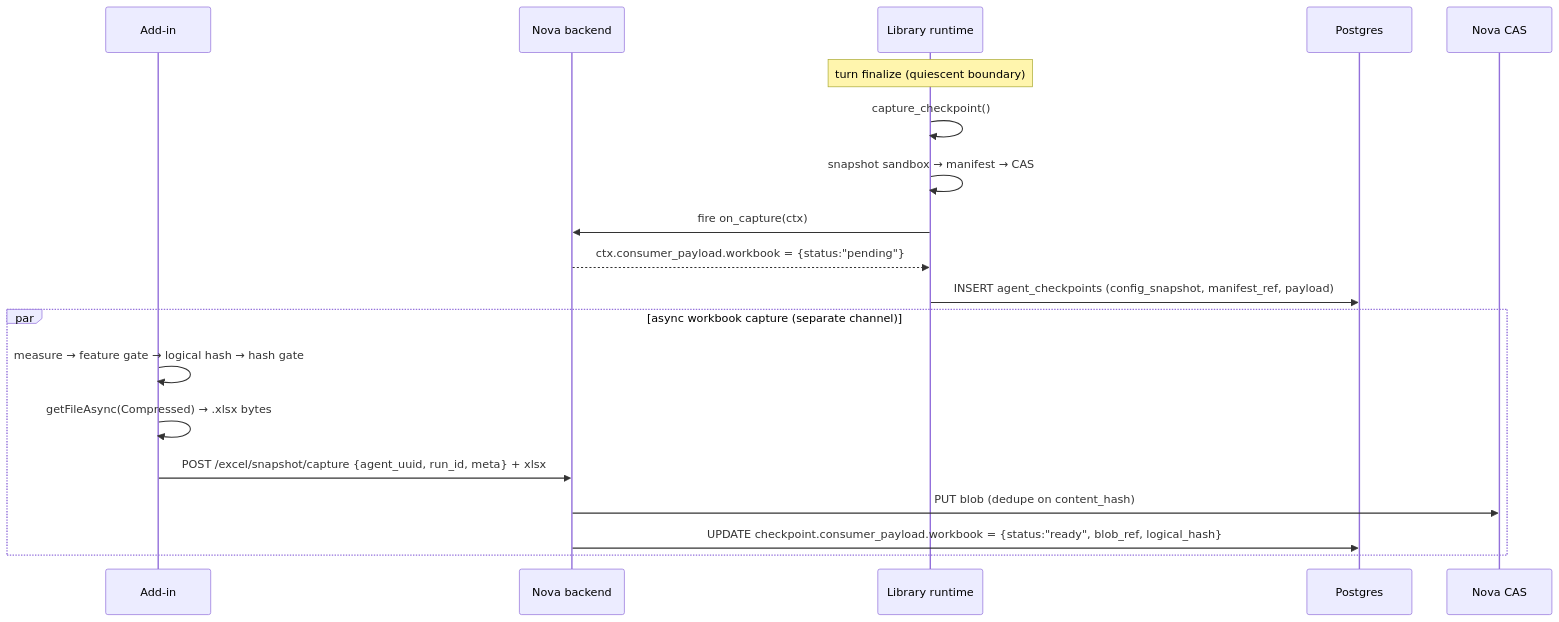
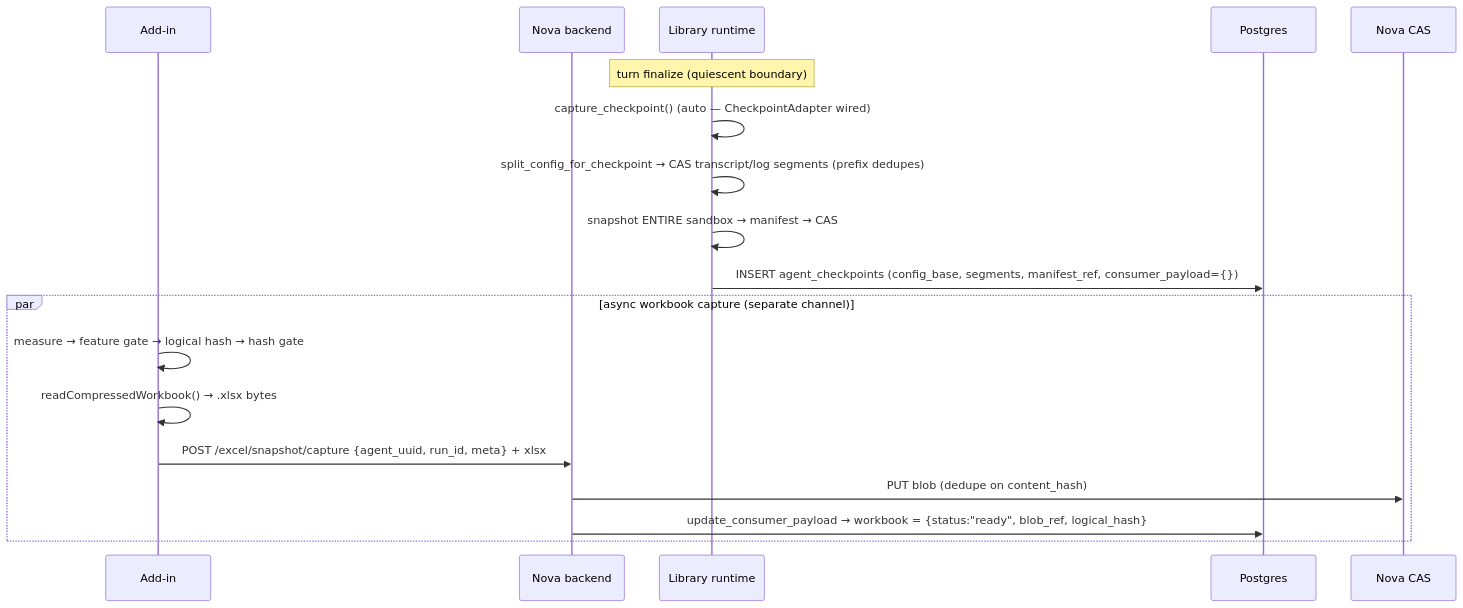
The third of 5 diagrams in fork_reset_design/00-overview.md (AuroSoni/agent-harness), drawn with Mermaid before and after one commit. The commit also changed other lines of this file and 6 other files, not shown here.

````diff
--- a/fork_reset_design/00-overview.md
+++ b/fork_reset_design/00-overview.md
@@ -182,23 +206,22 @@
 ```mermaid
 sequenceDiagram
     participant FE as Add-in
     participant BE as Nova backend
     participant LIB as Library runtime
     participant PG as Postgres
     participant NCAS as Nova CAS
 
     Note over LIB: turn finalize (quiescent boundary)
-    LIB->>LIB: capture_checkpoint()
-    LIB->>LIB: snapshot sandbox → manifest → CAS
-    LIB->>BE: fire on_capture(ctx)
-    BE-->>LIB: ctx.consumer_payload.workbook = {status:"pending"}
-    LIB->>PG: INSERT agent_checkpoints (config_snapshot, manifest_ref, payload)
+    LIB->>LIB: capture_checkpoint()  (auto — CheckpointAdapter wired)
+    LIB->>LIB: split_config_for_checkpoint → CAS transcript/log segments (prefix dedupes)
+    LIB->>LIB: snapshot ENTIRE sandbox → manifest → CAS
+    LIB->>PG: INSERT agent_checkpoints (config_base, segments, manifest_ref, consumer_payload={})
 
     par async workbook capture (separate channel)
         FE->>FE: measure → feature gate → logical hash → hash gate
-        FE->>FE: getFileAsync(Compressed) → .xlsx bytes
+        FE->>FE: readCompressedWorkbook() → .xlsx bytes
         FE->>BE: POST /excel/snapshot/capture {agent_uuid, run_id, meta} + xlsx
         BE->>NCAS: PUT blob (dedupe on content_hash)
-        BE->>PG: UPDATE checkpoint.consumer_payload.workbook = {status:"ready", blob_ref, logical_hash}
+        BE->>PG: update_consumer_payload → workbook = {status:"ready", blob_ref, logical_hash}
     end
 ```
````
